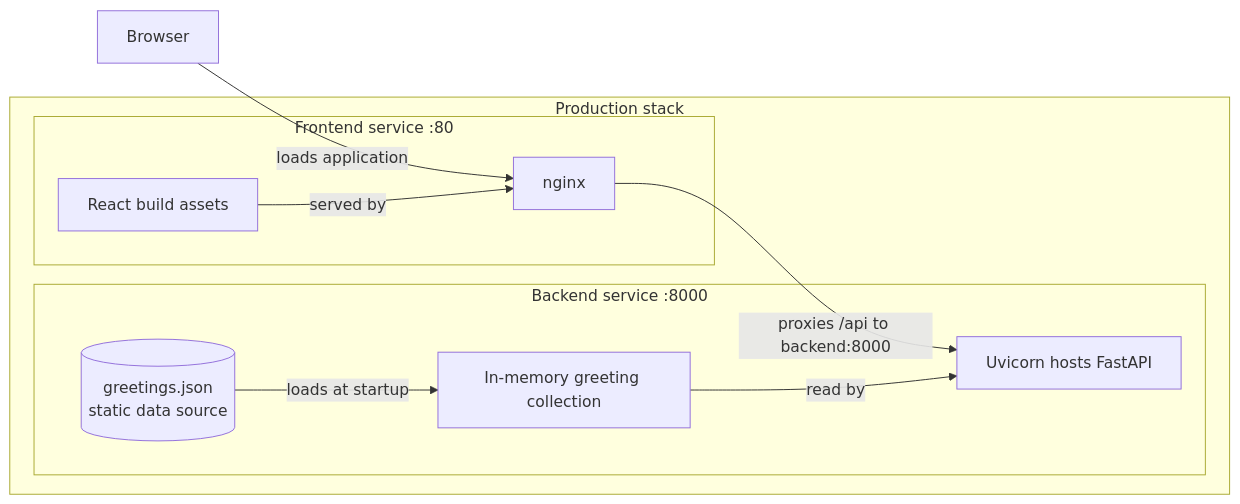
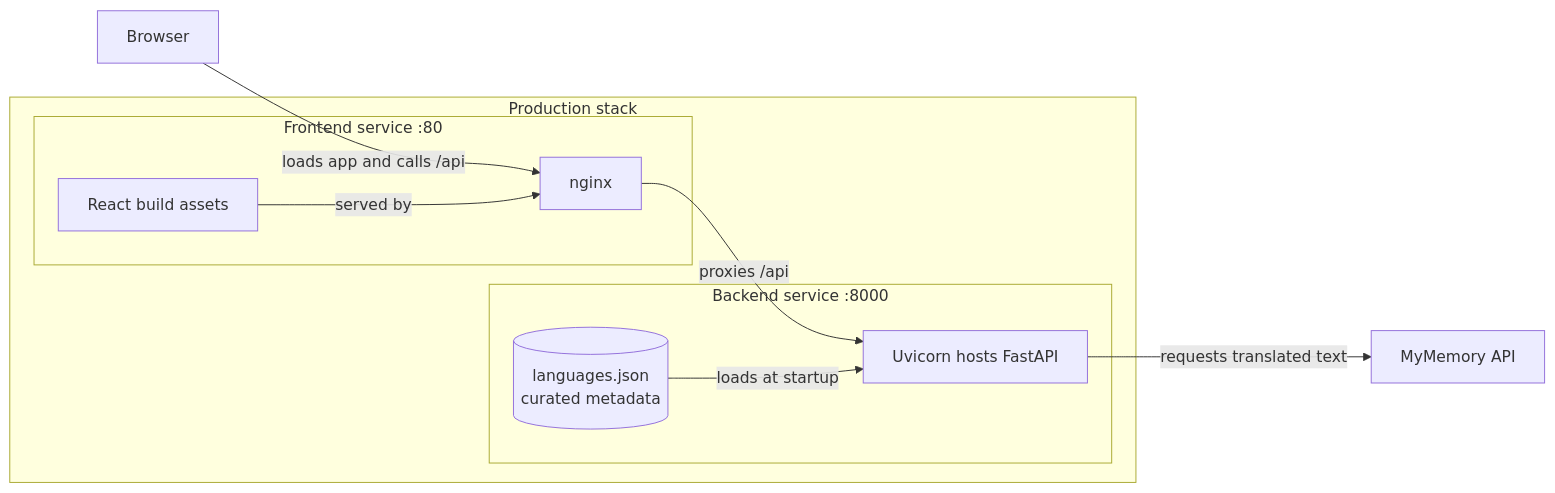
The second of 2 diagrams in docs/architecture/02-containers.md (tcamise-gpsw/ai-golden-repo), drawn with Mermaid before and after one commit. The commit also changed other lines of this file and 6 other files, not shown here.

First line of the commit message:
docs: document external translation architecture

````diff
--- a/docs/architecture/02-containers.md
+++ b/docs/architecture/02-containers.md
@@ -48,23 +32,22 @@
 ```mermaid
 flowchart LR
     Browser["Browser"]
+    MyMemory["MyMemory API"]
 
     subgraph Production["Production stack"]
         subgraph FrontendService["Frontend service :80"]
             Nginx["nginx"]
             ReactBuild["React build assets"]
         end
-
         subgraph BackendService["Backend service :8000"]
             Backend["Uvicorn hosts FastAPI"]
-            Data[("greetings.json\nstatic data source")]
-            Memory["In-memory greeting collection"]
+            Data[("languages.json\ncurated metadata")]
         end
     end
 
-    Browser -->|loads application| Nginx
+    Browser -->|loads app and calls /api| Nginx
     ReactBuild -->|served by| Nginx
-    Nginx -->|proxies /api to backend:8000| Backend
-    Data -->|loads at startup| Memory
-    Memory -->|read by| Backend
+    Nginx -->|proxies /api| Backend
+    Data -->|loads at startup| Backend
+    Backend -->|requests translated text| MyMemory
 ```
````
